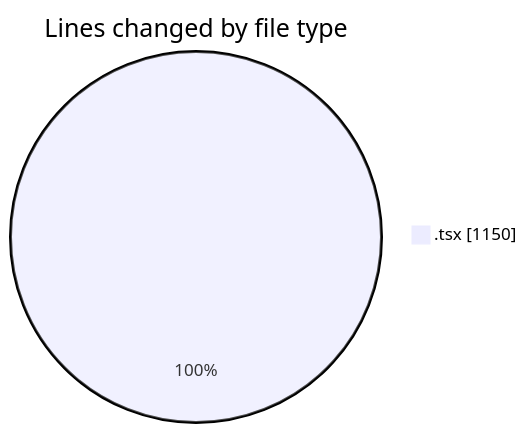
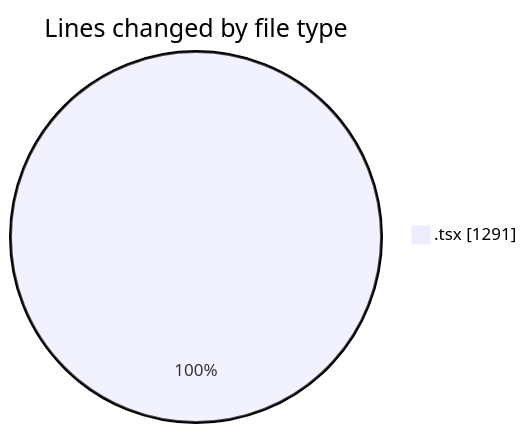
One commit to julien-gomy/code-tracking changed the first of 2 diagrams in 2025-10-10/eventscop-frontend-guide__workspace_/README.md. Above: the diagram before and after it, drawn with Mermaid. The commit also changed other lines of this file and 1 other file, not shown here.

````diff
--- a/2025-10-10/eventscop-frontend-guide__workspace_/README.md
+++ b/2025-10-10/eventscop-frontend-guide__workspace_/README.md
@@ -21,5 +23,5 @@
 ```mermaid
 pie showData
 title Lines changed by file type
-".tsx" : 1150
+".tsx" : 1291
 ```
````
